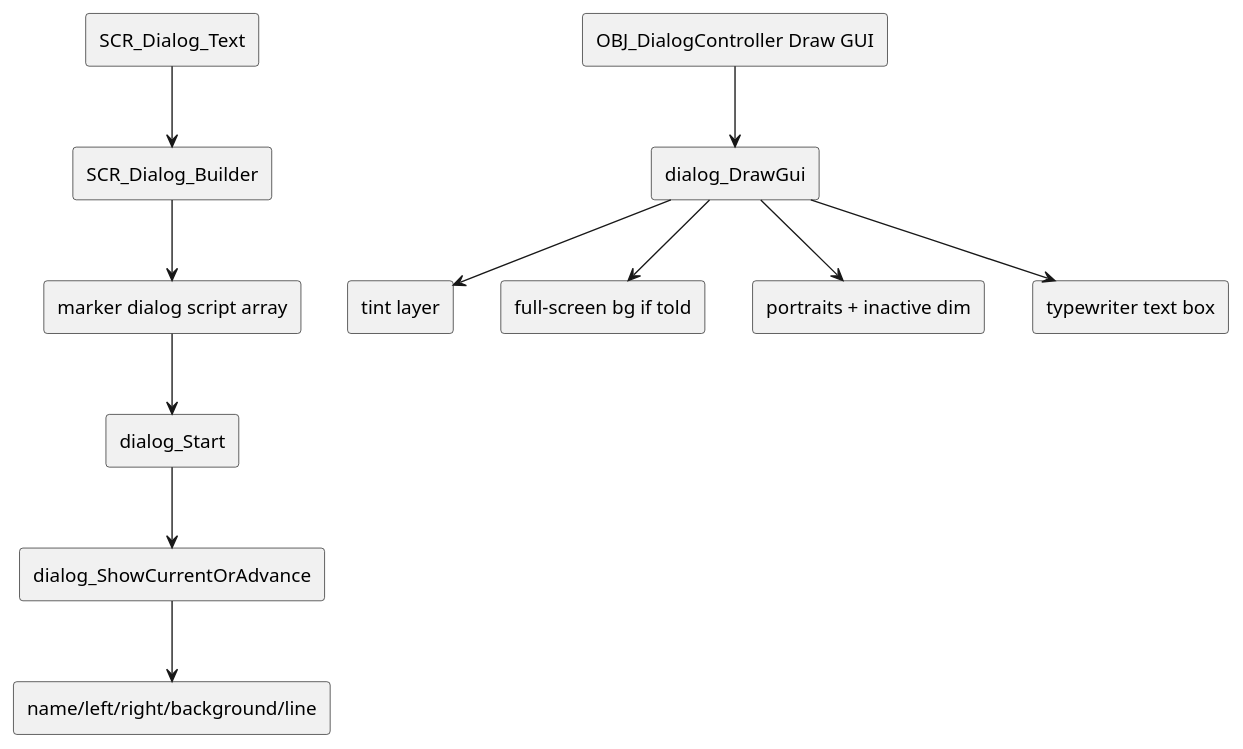
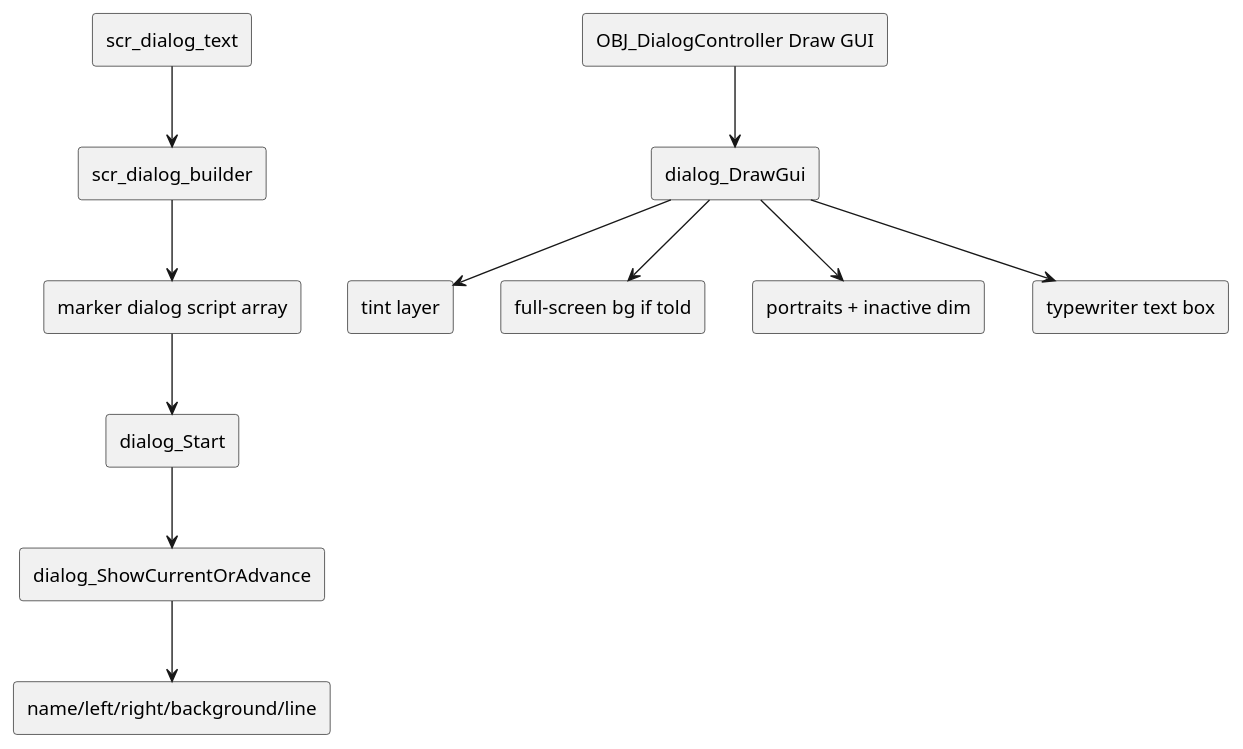
The diagram in reference/uml/09_dialog.puml (ThienNhanOng/ProjectCardGame), drawn with PlantUML before and after one commit. The commit also changed 799 other files, not shown here.

```diff
--- a/reference/uml/09_dialog.puml
+++ b/reference/uml/09_dialog.puml
@@ -1,29 +1,29 @@
 @startuml 09_dialog
 top to bottom direction
 skinparam componentStyle rectangle
 
 [marker dialog script array] as Marker
 [dialog_Start] as Start
 [dialog_ShowCurrentOrAdvance] as Show
 [name/left/right/background/line] as kinds
 [OBJ_DialogController Draw GUI] as DC
 [dialog_DrawGui] as Draw
 [tint layer] as Tint
 [full-screen bg if told] as BG
 [portraits + inactive dim] as Portraits
 [typewriter text box] as Text
-[SCR_Dialog_Builder] as Builder
-[SCR_Dialog_Text] as DialogText
+[scr_dialog_builder] as Builder
+[scr_dialog_text] as DialogText
 
 Marker --> Start
 Start --> Show
 Show --> kinds
 DC --> Draw
 Draw --> Tint
 Draw --> BG
 Draw --> Portraits
 Draw --> Text
 Builder --> Marker
 DialogText --> Builder
 
 @enduml
```
